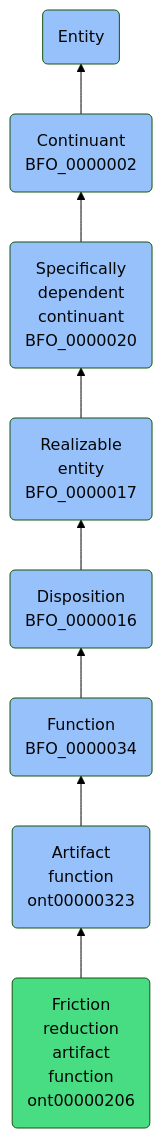
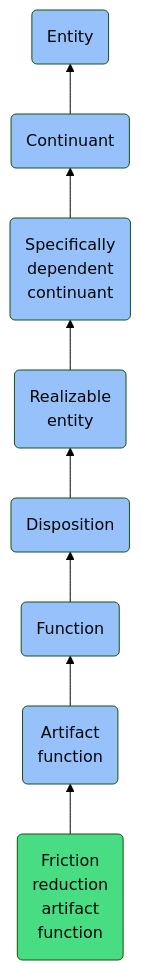
Before and after one commit to jupyter-naas/abi: the diagram in docs/ontology/reference/model/Entity/Continuant/Specifically dependent continuant/Realizable entity/Disposition/Function/Artifact function/Friction reduction artifact function/Friction reduction artifact function.md, drawn with Mermaid (forest theme). The commit also changed other lines of this file and 1430 other files, not shown here.

````diff
--- a/docs/ontology/reference/model/Entity/Continuant/Specifically dependent continuant/Realizable entity/Disposition/Function/Artifact function/Friction reduction artifact function/Friction reduction artifact function.md
+++ b/docs/ontology/reference/model/Entity/Continuant/Specifically dependent continuant/Realizable entity/Disposition/Function/Artifact function/Friction reduction artifact function/Friction reduction artifact function.md
@@ -24,15 +24,15 @@
 ```mermaid
 graph BT
-    ont00000206(Friction<br>reduction<br>artifact<br>function<br>ont00000206):::ABI-->ont00000323
-    ont00000323(Artifact<br>function<br>ont00000323):::BFO-->BFO_0000034
-    BFO_0000034(Function<br>BFO_0000034):::BFO-->BFO_0000016
-    BFO_0000016(Disposition<br>BFO_0000016):::BFO-->BFO_0000017
-    BFO_0000017(Realizable<br>entity<br>BFO_0000017):::BFO-->BFO_0000020
-    BFO_0000020(Specifically<br>dependent<br>continuant<br>BFO_0000020):::BFO-->BFO_0000002
-    BFO_0000002(Continuant<br>BFO_0000002):::BFO-->BFO_0000001
+    ont00000206(Friction<br>reduction<br>artifact<br>function):::ABI-->ont00000323
+    ont00000323(Artifact<br>function):::BFO-->BFO_0000034
+    BFO_0000034(Function):::BFO-->BFO_0000016
+    BFO_0000016(Disposition):::BFO-->BFO_0000017
+    BFO_0000017(Realizable<br>entity):::BFO-->BFO_0000020
+    BFO_0000020(Specifically<br>dependent<br>continuant):::BFO-->BFO_0000002
+    BFO_0000002(Continuant):::BFO-->BFO_0000001
     BFO_0000001(Entity):::BFO
     
     classDef BFO fill:#97c1fb,color:#060606
     classDef CCO fill:#e4c51e,color:#060606
     classDef ABI fill:#48DD82,color:#060606
 ```
````
